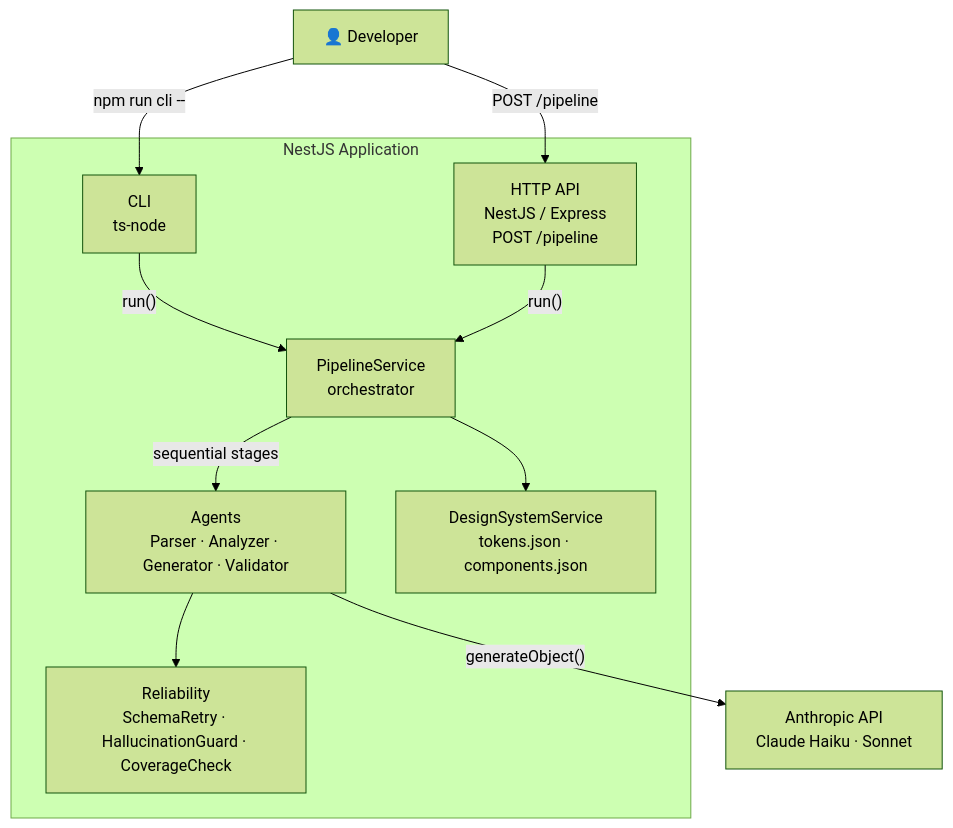
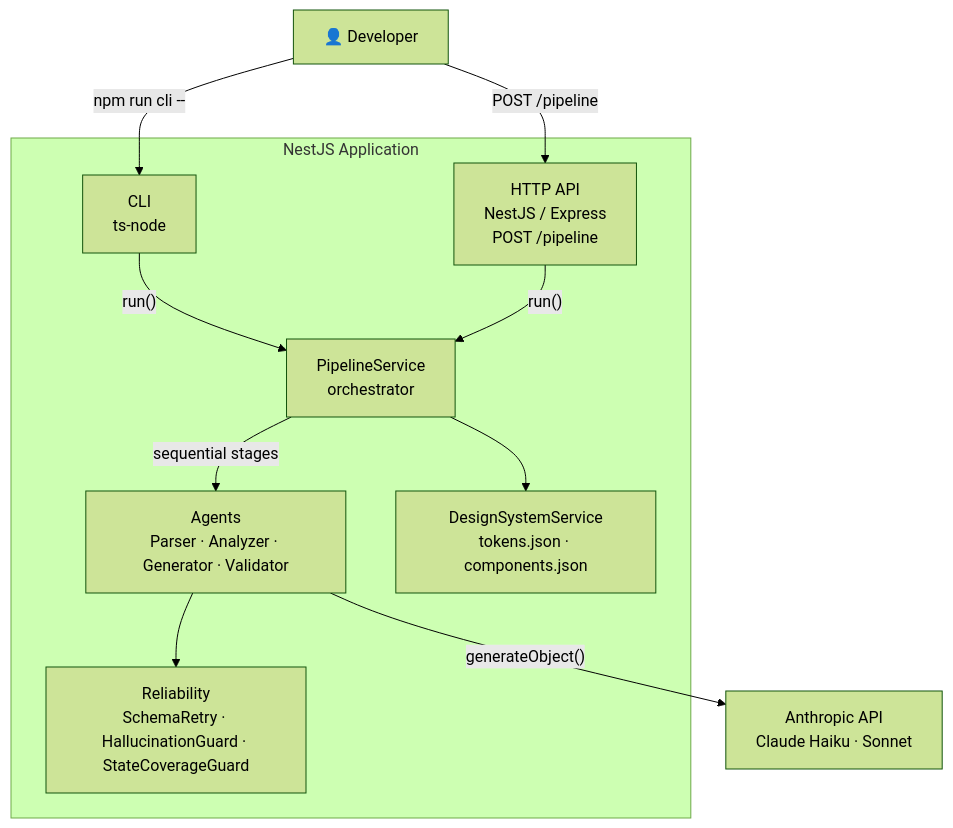
One commit to just3is-dev/unlimit-test changed the second of 3 diagrams in README.md. Above: the diagram before and after it, drawn with Mermaid (forest theme). The commit also changed other lines of this file and 16 other files, not shown here.

Commit message:
refactor: rename CoverageCheck to StateCoverageGuard

````diff
--- a/README.md
+++ b/README.md
@@ -98,23 +98,23 @@
 ```mermaid
 flowchart TD
     dev["👤 Developer"]
     anthropic["Anthropic API\nClaude Haiku · Sonnet"]
 
     subgraph app["NestJS Application"]
         cli["CLI\nts-node"]
         http["HTTP API\nNestJS / Express\nPOST /pipeline"]
         svc["PipelineService\norchestrator"]
         agents["Agents\nParser · Analyzer · Generator · Validator"]
-        reliability["Reliability\nSchemaRetry · HallucinationGuard · CoverageCheck"]
+        reliability["Reliability\nSchemaRetry · HallucinationGuard · StateCoverageGuard"]
         ds["DesignSystemService\ntokens.json · components.json"]
     end
 
     dev -->|"npm run cli --"| cli
     dev -->|"POST /pipeline"| http
     cli -->|"run()"| svc
     http -->|"run()"| svc
     svc -->|"sequential stages"| agents
     svc --> ds
     agents --> reliability
     agents -->|"generateObject()"| anthropic
 ```
````
